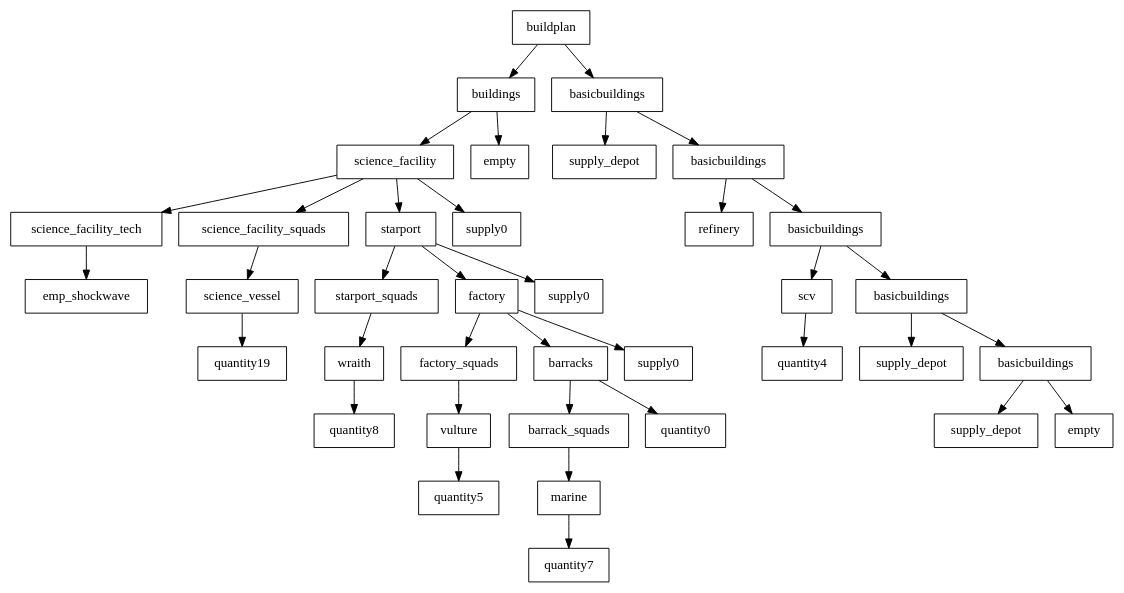
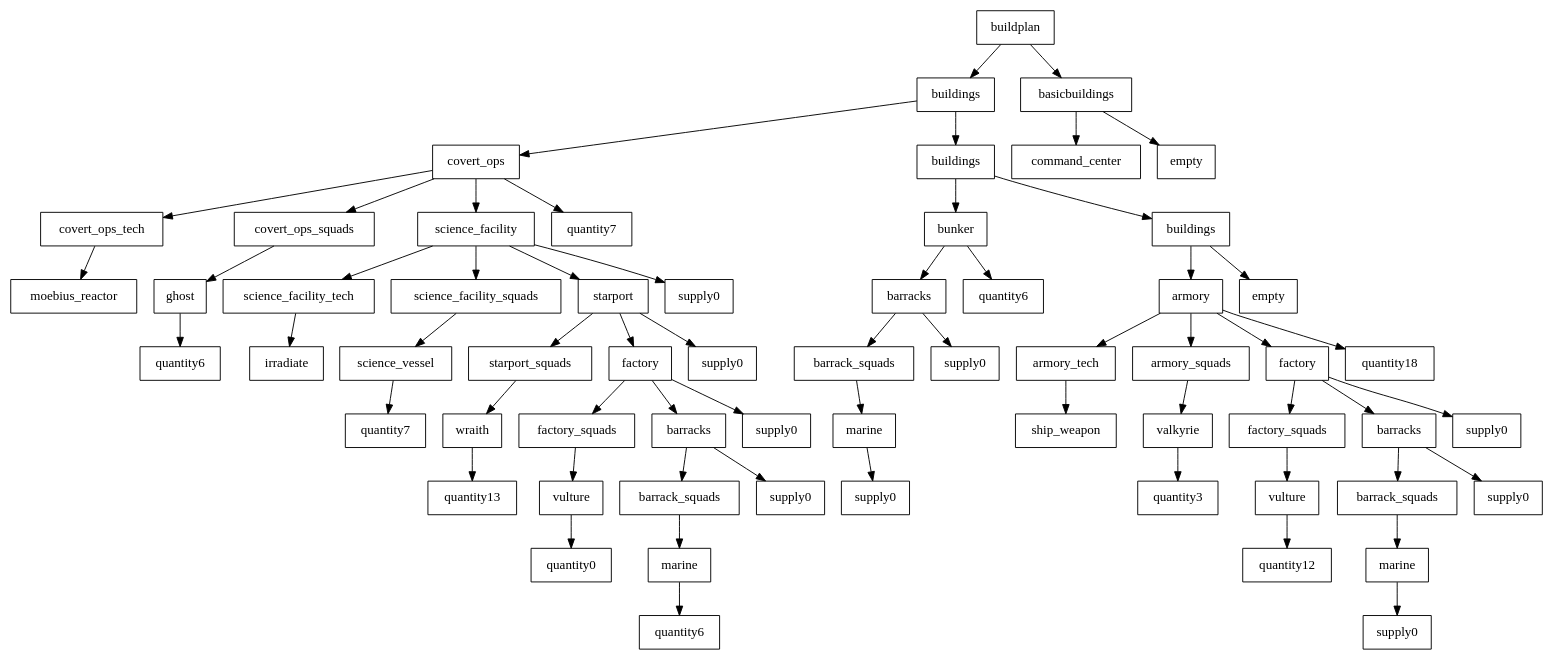
One commit to cryogenic-dreams/StarCraft-GPBot changed the diagram in GPBot/file0.dot. Above: the diagram before and after it, drawn with Graphviz. The commit also changed 50 other files, not shown here.

```diff
--- a/GPBot/file0.dot
+++ b/GPBot/file0.dot
@@ -1,77 +1,125 @@
 digraph g {
 graph [ordering=out];
 node [shape=rectangle];
 n[label = "buildplan"];
 n0[label = "buildings"];
-n00[label = "science_facility"];
-n000[label = "science_facility_tech"];
-n0000[label = "emp_shockwave"];
+n00[label = "covert_ops"];
+n000[label = "covert_ops_tech"];
+n0000[label = "moebius_reactor"];
 n000 -> n0000;
 n00 -> n000;
-n001[label = "science_facility_squads"];
-n0010[label = "science_vessel"];
-n00100[label = "quantity19"];
+n001[label = "covert_ops_squads"];
+n0010[label = "ghost"];
+n00100[label = "quantity6"];
 n0010 -> n00100;
 n001 -> n0010;
 n00 -> n001;
-n002[label = "starport"];
-n0020[label = "starport_squads"];
-n00200[label = "wraith"];
-n002000[label = "quantity8"];
-n00200 -> n002000;
+n002[label = "science_facility"];
+n0020[label = "science_facility_tech"];
+n00200[label = "irradiate"];
 n0020 -> n00200;
 n002 -> n0020;
-n0021[label = "factory"];
-n00210[label = "factory_squads"];
-n002100[label = "vulture"];
-n0021000[label = "quantity5"];
-n002100 -> n0021000;
+n0021[label = "science_facility_squads"];
+n00210[label = "science_vessel"];
+n002100[label = "quantity7"];
 n00210 -> n002100;
 n0021 -> n00210;
-n00211[label = "barracks"];
-n002110[label = "barrack_squads"];
-n0021100[label = "marine"];
-n00211000[label = "quantity7"];
-n0021100 -> n00211000;
-n002110 -> n0021100;
-n00211 -> n002110;
-n002111[label = "quantity0"];
-n00211 -> n002111;
-n0021 -> n00211;
-n00212[label = "supply0"];
-n0021 -> n00212;
 n002 -> n0021;
-n0022[label = "supply0"];
+n0022[label = "starport"];
+n00220[label = "starport_squads"];
+n002200[label = "wraith"];
+n0022000[label = "quantity13"];
+n002200 -> n0022000;
+n00220 -> n002200;
+n0022 -> n00220;
+n00221[label = "factory"];
+n002210[label = "factory_squads"];
+n0022100[label = "vulture"];
+n00221000[label = "quantity0"];
+n0022100 -> n00221000;
+n002210 -> n0022100;
+n00221 -> n002210;
+n002211[label = "barracks"];
+n0022110[label = "barrack_squads"];
+n00221100[label = "marine"];
+n002211000[label = "quantity6"];
+n00221100 -> n002211000;
+n0022110 -> n00221100;
+n002211 -> n0022110;
+n0022111[label = "supply0"];
+n002211 -> n0022111;
+n00221 -> n002211;
+n002212[label = "supply0"];
+n00221 -> n002212;
+n0022 -> n00221;
+n00222[label = "supply0"];
+n0022 -> n00222;
 n002 -> n0022;
+n0023[label = "supply0"];
+n002 -> n0023;
 n00 -> n002;
-n003[label = "supply0"];
+n003[label = "quantity7"];
 n00 -> n003;
 n0 -> n00;
-n01[label = "empty"];
+n01[label = "buildings"];
+n010[label = "bunker"];
+n0100[label = "barracks"];
+n01000[label = "barrack_squads"];
+n010000[label = "marine"];
+n0100000[label = "supply0"];
+n010000 -> n0100000;
+n01000 -> n010000;
+n0100 -> n01000;
+n01001[label = "supply0"];
+n0100 -> n01001;
+n010 -> n0100;
+n0101[label = "quantity6"];
+n010 -> n0101;
+n01 -> n010;
+n011[label = "buildings"];
+n0110[label = "armory"];
+n01100[label = "armory_tech"];
+n011000[label = "ship_weapon"];
+n01100 -> n011000;
+n0110 -> n01100;
+n01101[label = "armory_squads"];
+n011010[label = "valkyrie"];
+n0110100[label = "quantity3"];
+n011010 -> n0110100;
+n01101 -> n011010;
+n0110 -> n01101;
+n01102[label = "factory"];
+n011020[label = "factory_squads"];
+n0110200[label = "vulture"];
+n01102000[label = "quantity12"];
+n0110200 -> n01102000;
+n011020 -> n0110200;
+n01102 -> n011020;
+n011021[label = "barracks"];
+n0110210[label = "barrack_squads"];
+n01102100[label = "marine"];
+n011021000[label = "supply0"];
+n01102100 -> n011021000;
+n0110210 -> n01102100;
+n011021 -> n0110210;
+n0110211[label = "supply0"];
+n011021 -> n0110211;
+n01102 -> n011021;
+n011022[label = "supply0"];
+n01102 -> n011022;
+n0110 -> n01102;
+n01103[label = "quantity18"];
+n0110 -> n01103;
+n011 -> n0110;
+n0111[label = "empty"];
+n011 -> n0111;
+n01 -> n011;
 n0 -> n01;
 n -> n0;
 n1[label = "basicbuildings"];
-n10[label = "supply_depot"];
+n10[label = "command_center"];
 n1 -> n10;
-n11[label = "basicbuildings"];
-n110[label = "refinery"];
-n11 -> n110;
-n111[label = "basicbuildings"];
-n1110[label = "scv"];
-n11100[label = "quantity4"];
-n1110 -> n11100;
-n111 -> n1110;
-n1111[label = "basicbuildings"];
-n11110[label = "supply_depot"];
-n1111 -> n11110;
-n11111[label = "basicbuildings"];
-n111110[label = "supply_depot"];
-n11111 -> n111110;
-n111111[label = "empty"];
-n11111 -> n111111;
-n1111 -> n11111;
-n111 -> n1111;
-n11 -> n111;
+n11[label = "empty"];
 n1 -> n11;
 n -> n1;
 }
```
